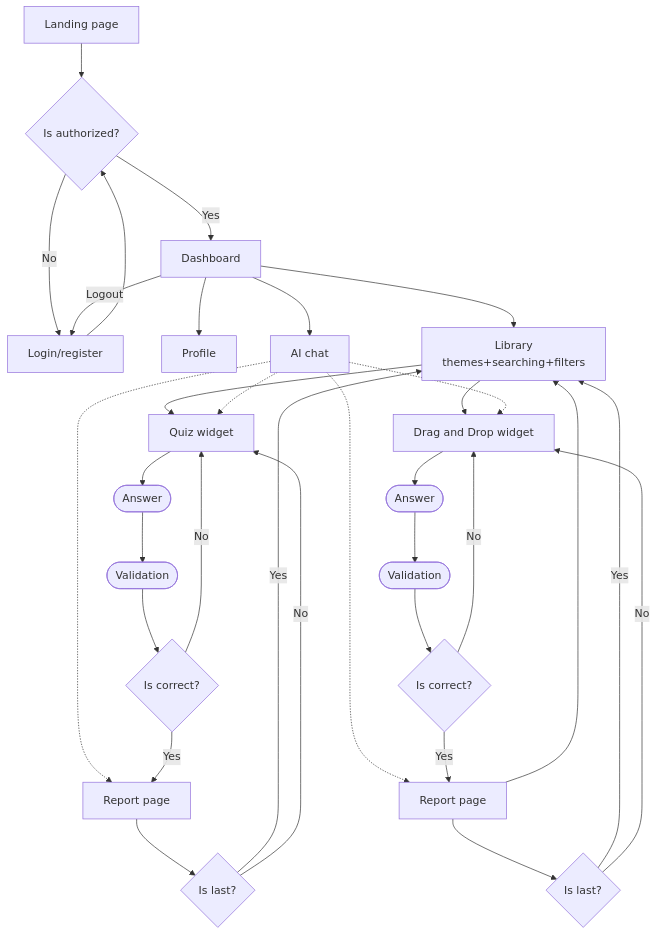
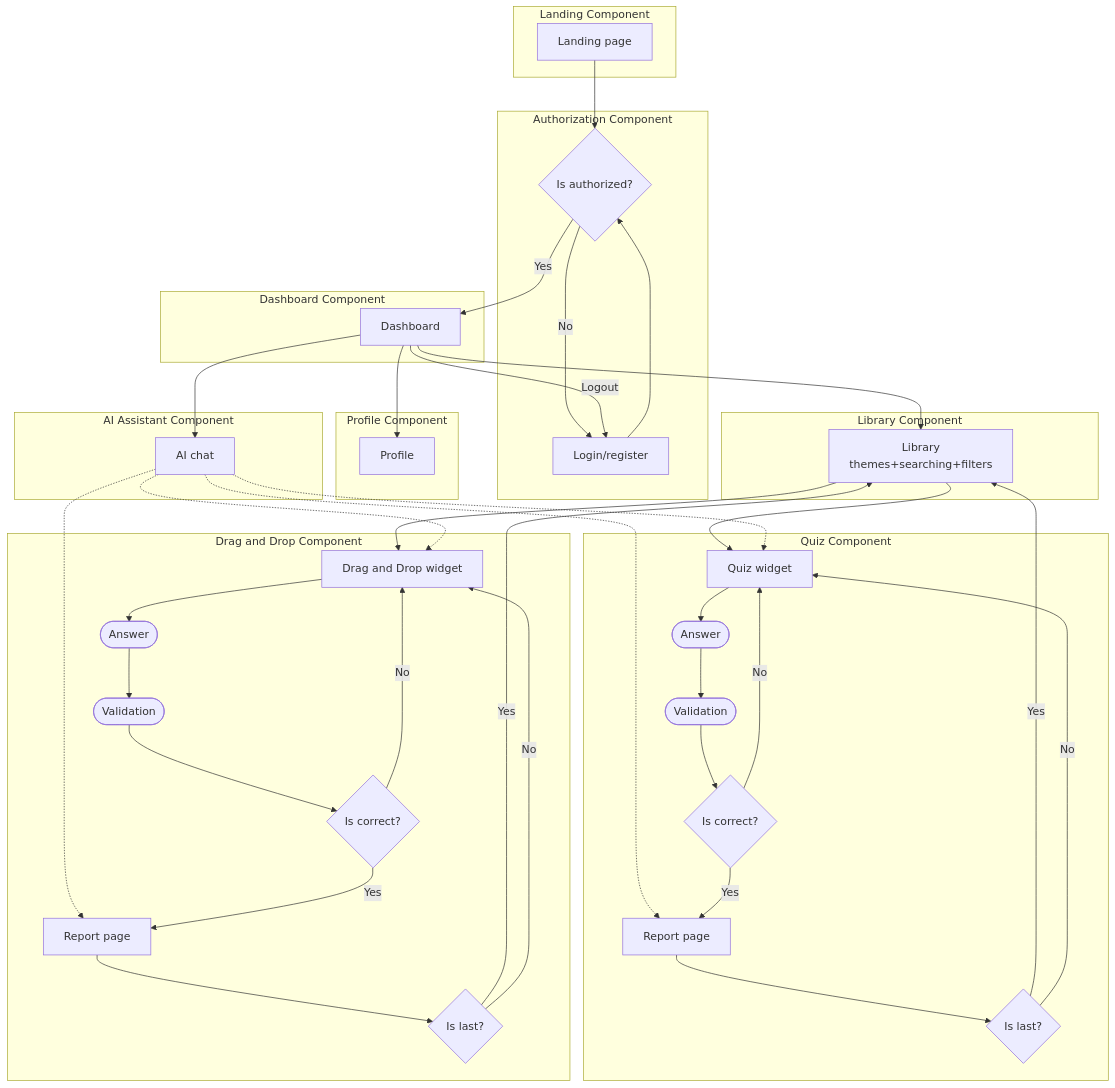
One commit to jsgods-rs-tandem/rs-tandem changed the diagram in docs/user-flow/user-flow-diagram.md. Above: the diagram before and after it, drawn with Mermaid.

Commit message:
feat: improve readability by separating for components

````diff
--- a/docs/user-flow/user-flow-diagram.md
+++ b/docs/user-flow/user-flow-diagram.md
@@ -1,32 +2,52 @@
-```mermaid
+``` mermaid
 graph TD
-    %% Nodes
+    subgraph LandingGroup [Landing Component]
     Landing[Landing page]
-    Auth{Is authorized?}
-    Login[Login/register]
+    end
+
+    subgraph DashboardGroup [Dashboard Component]
     Dashboard[Dashboard]
-    Profile[Profile]
-    Library[Library<br/>themes+searching+filters]
-    AIChat[AI chat]
-    Quiz[Quiz widget]
-    DnD[Drag and Drop widget]
-    QuizAnswer([Answer])
-    QuizValidation([Validation])
-    QuizCorrect{Is correct?}
-    QuizReport[Report page]
-    QuizIsLast{Is last?}
-    DnDAnswer([Answer])
-    DnDValidation([Validation])
-    DnDCorrect{Is correct?}
-    DnDReport[Report page]
-    DnDIsLast{Is last?}
+    end
 
-    %% Connections
+    subgraph AuthGroup [Authorization Component]
+        Auth{Is authorized?}
+        Login[Login/register]
+    end
+
+    subgraph ProfileGroup [Profile Component]
+        Profile[Profile]
+    end
+
+    subgraph AIChatGroup [AI Assistant Component]
+        AIChat[AI chat]
+    end
+
+    subgraph LibraryGroup [Library Component]
+        Library[Library<br/>themes+searching+filters]
+    end
+
+    subgraph QuizModule [Quiz Component]
+        Quiz[Quiz widget]
+        QuizAnswer([Answer])
+        QuizValidation([Validation])
+        QuizCorrect{Is correct?}
+        QuizReport[Report page]
+        QuizIsLast{Is last?}
+    end
+
+    subgraph DnDModule [Drag and Drop Component]
+        DnD[Drag and Drop widget]
+        DnDAnswer([Answer])
+        DnDValidation([Validation])
+        DnDCorrect{Is correct?}
+        DnDReport[Report page]
+        DnDIsLast{Is last?}
+    end
+
+    %% Основные связи
     Landing --> Auth
-    
     Auth -- No --> Login
     Auth -- Yes --> Dashboard
-    
     Login --> Auth
     
     Dashboard -- Logout --> Login
@@ -34,6 +55,7 @@
     Dashboard --> Library
     Dashboard --> AIChat
 
+    %% Связи внутри и между модулями
     Library --> Quiz
     Library --> DnD
 
@@ -42,31 +64,23 @@
     AIChat -.-> DnDReport
     AIChat -.-> QuizReport
 
+    %% Quiz
     Quiz --> QuizAnswer
-
     QuizAnswer --> QuizValidation
     QuizValidation --> QuizCorrect
-
     QuizCorrect -- No --> Quiz
     QuizCorrect -- Yes --> QuizReport
-
     QuizReport --> QuizIsLast
-
     QuizIsLast -- Yes --> Library
     QuizIsLast -- No --> Quiz
 
+    %% DnD
     DnD --> DnDAnswer
-
     DnDAnswer --> DnDValidation
-
     DnDValidation --> DnDCorrect
-
     DnDCorrect -- No --> DnD
     DnDCorrect -- Yes --> DnDReport
-
-    DnDReport --> Library
     DnDReport --> DnDIsLast
-
     DnDIsLast -- Yes --> Library
     DnDIsLast -- No --> DnD
 ```
````
